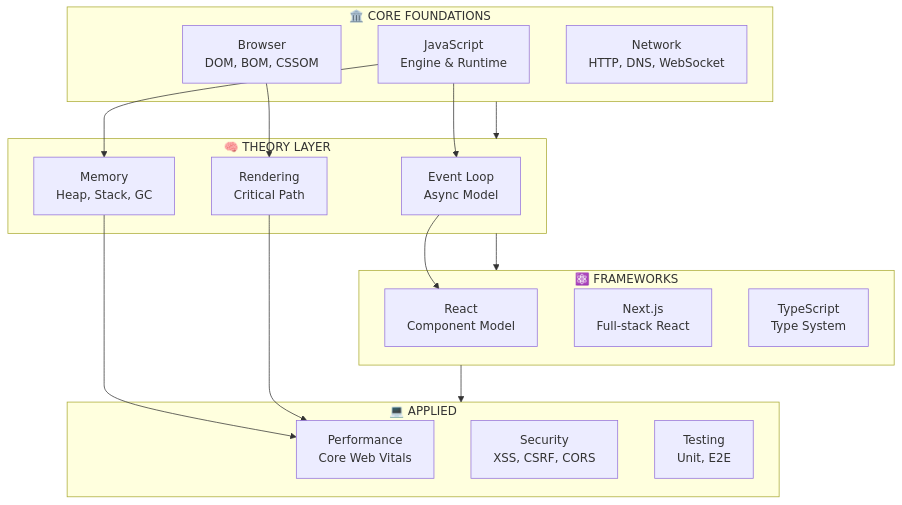
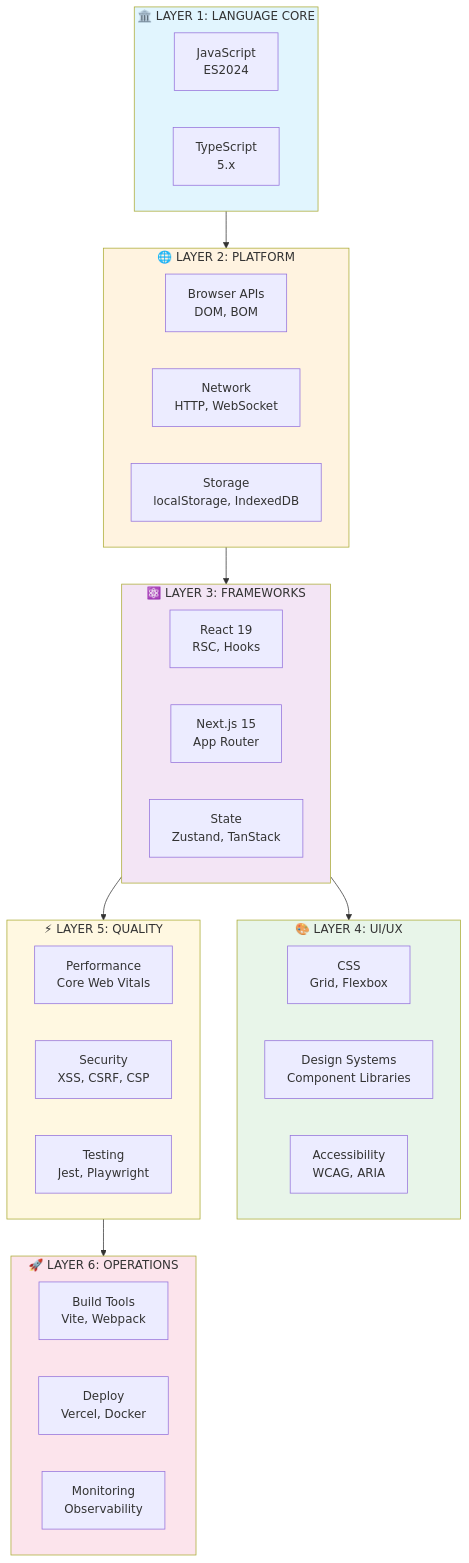
The fifth of 9 diagrams in docs/modules/00-knowledge-map.md (Nhi4912/interview-2025), drawn with Mermaid before and after one commit. The commit also changed other lines of this file and 29 other files, not shown here.

````diff
--- a/docs/modules/00-knowledge-map.md
+++ b/docs/modules/00-knowledge-map.md
@@ -13,37 +220,49 @@
 ```mermaid
 flowchart TB
-    subgraph Core["🏛️ CORE FOUNDATIONS"]
-        JS["JavaScript<br/>Engine & Runtime"]
-        Browser["Browser<br/>DOM, BOM, CSSOM"]
-        HTTP["Network<br/>HTTP, DNS, WebSocket"]
+    subgraph Layer1["🏛️ LAYER 1: LANGUAGE CORE"]
+        JS["JavaScript<br/>ES2024"]
+        TS["TypeScript<br/>5.x"]
     end
 
-    subgraph Theory["🧠 THEORY LAYER"]
-        EventLoop["Event Loop<br/>Async Model"]
-        Memory["Memory<br/>Heap, Stack, GC"]
-        Rendering["Rendering<br/>Critical Path"]
+    subgraph Layer2["🌐 LAYER 2: PLATFORM"]
+        Browser["Browser APIs<br/>DOM, BOM"]
+        Network["Network<br/>HTTP, WebSocket"]
+        Storage["Storage<br/>localStorage, IndexedDB"]
     end
 
-    subgraph Frameworks["⚛️ FRAMEWORKS"]
-        React["React<br/>Component Model"]
-        Next["Next.js<br/>Full-stack React"]
-        TS["TypeScript<br/>Type System"]
+    subgraph Layer3["⚛️ LAYER 3: FRAMEWORKS"]
+        React["React 19<br/>RSC, Hooks"]
+        Next["Next.js 15<br/>App Router"]
+        State["State<br/>Zustand, TanStack"]
     end
 
-    subgraph Applied["💻 APPLIED"]
-        Perf["Performance<br/>Core Web Vitals"]
-        Security["Security<br/>XSS, CSRF, CORS"]
-        Testing["Testing<br/>Unit, E2E"]
+    subgraph Layer4["🎨 LAYER 4: UI/UX"]
+        CSS["CSS<br/>Grid, Flexbox"]
+        Design["Design Systems<br/>Component Libraries"]
+        A11y["Accessibility<br/>WCAG, ARIA"]
     end
 
-    Core --> Theory
-    Theory --> Frameworks
-    Frameworks --> Applied
+    subgraph Layer5["⚡ LAYER 5: QUALITY"]
+        Perf["Performance<br/>Core Web Vitals"]
+        Security["Security<br/>XSS, CSRF, CSP"]
+        Testing["Testing<br/>Jest, Playwright"]
+    end
 
-    JS --> EventLoop
-    JS --> Memory
-    Browser --> Rendering
-    EventLoop --> React
-    Memory --> Perf
-    Rendering --> Perf
+    subgraph Layer6["🚀 LAYER 6: OPERATIONS"]
+        Build["Build Tools<br/>Vite, Webpack"]
+        Deploy["Deploy<br/>Vercel, Docker"]
+        Monitor["Monitoring<br/>Observability"]
+    end
+
+    Layer1 --> Layer2 --> Layer3
+    Layer3 --> Layer4
+    Layer3 --> Layer5
+    Layer5 --> Layer6
+
+    style Layer1 fill:#e1f5fe
+    style Layer2 fill:#fff3e0
+    style Layer3 fill:#f3e5f5
+    style Layer4 fill:#e8f5e9
+    style Layer5 fill:#fff8e1
+    style Layer6 fill:#fce4ec
 ```
````
